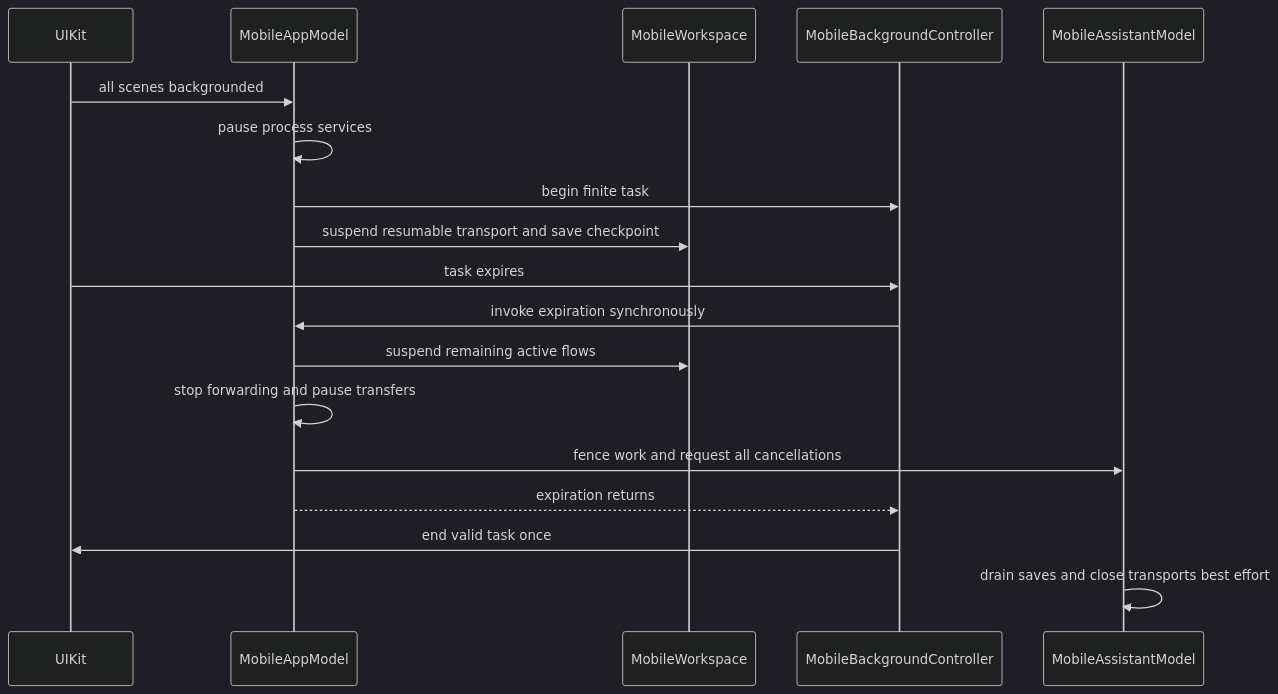
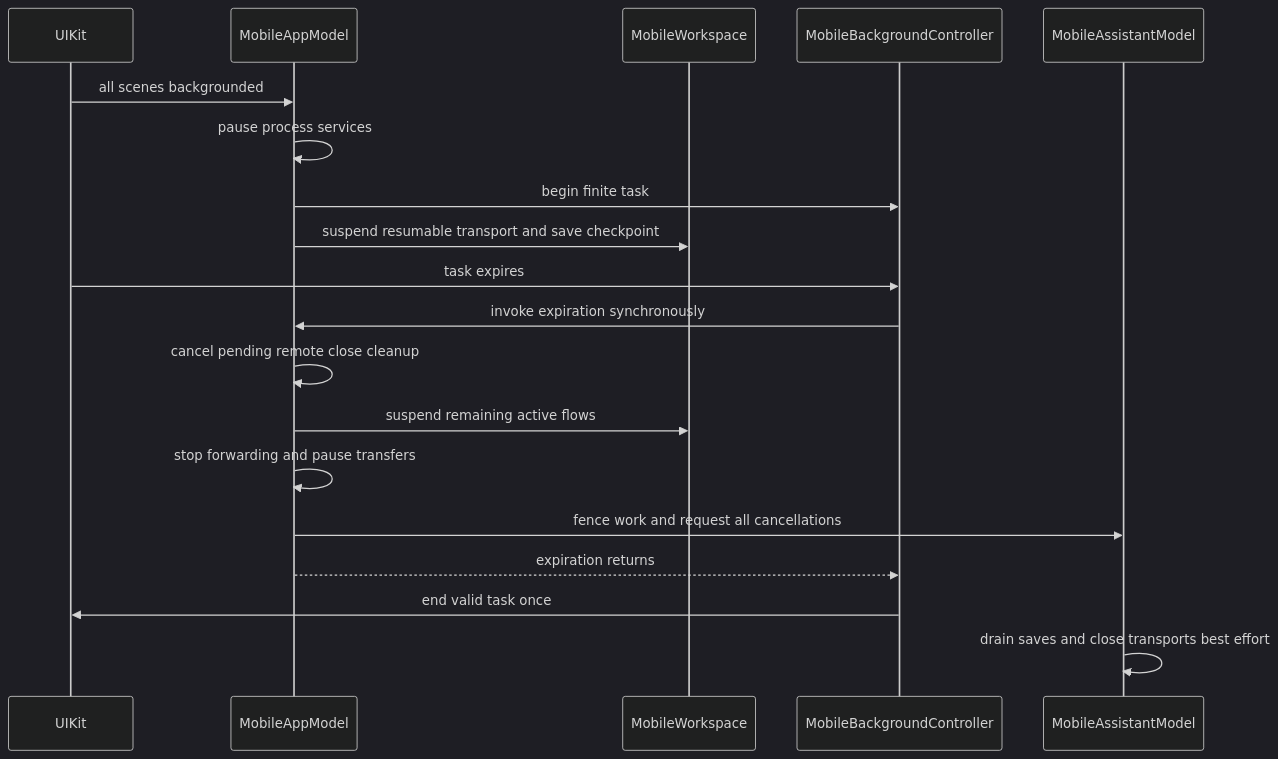
One commit to AkinoKaede/Termind changed the second of 2 diagrams in openwiki/architecture/engineering-invariants.md. Above: the diagram before and after it, drawn with Mermaid (dark theme). The commit also changed other lines of this file and 61 other files, not shown here.

````diff
--- a/openwiki/architecture/engineering-invariants.md
+++ b/openwiki/architecture/engineering-invariants.md
@@ -339,20 +339,21 @@
 ```mermaid
 sequenceDiagram
     participant UIKit
     participant App as MobileAppModel
     participant Workspace as MobileWorkspace
     participant Lease as MobileBackgroundController
     participant Assistant as MobileAssistantModel
     UIKit->>App: all scenes backgrounded
     App->>App: pause process services
     App->>Lease: begin finite task
     App->>Workspace: suspend resumable transport and save checkpoint
     UIKit->>Lease: task expires
     Lease->>App: invoke expiration synchronously
+    App->>App: cancel pending remote close cleanup
     App->>Workspace: suspend remaining active flows
     App->>App: stop forwarding and pause transfers
     App->>Assistant: fence work and request all cancellations
     App-->>Lease: expiration returns
     Lease->>UIKit: end valid task once
     Assistant->>Assistant: drain saves and close transports best effort
 ```
````
